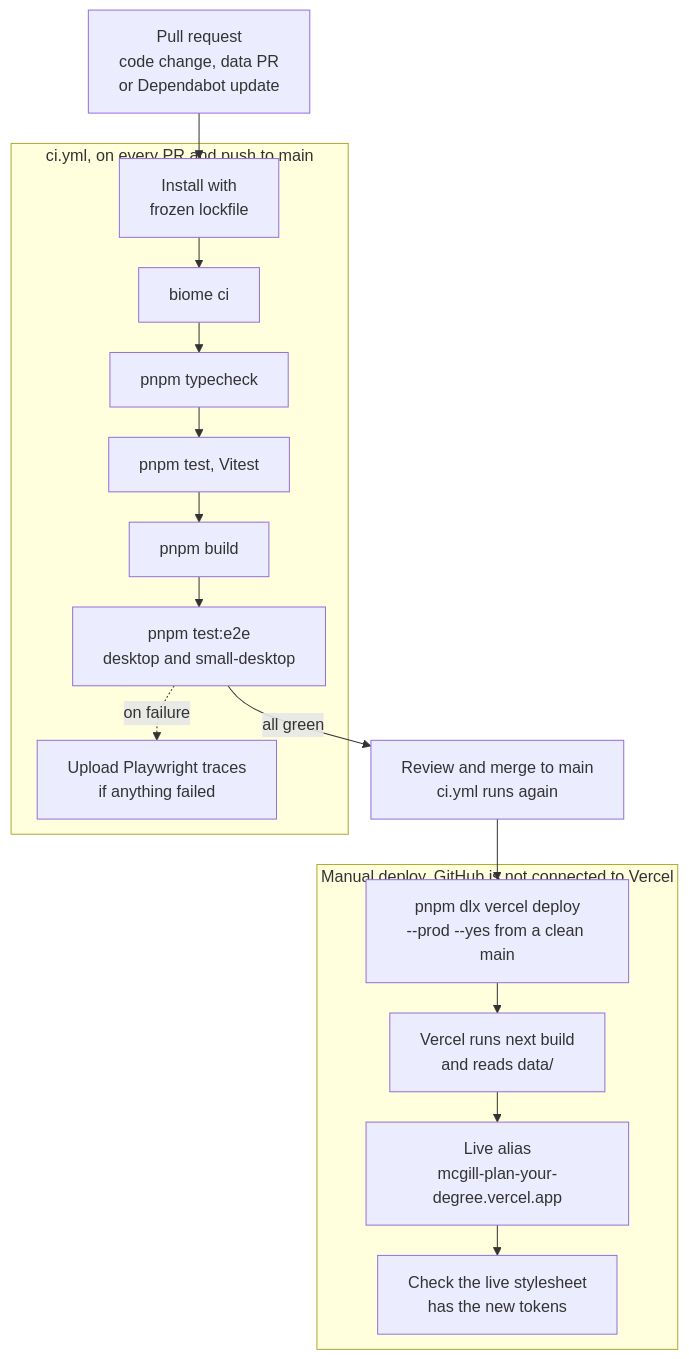
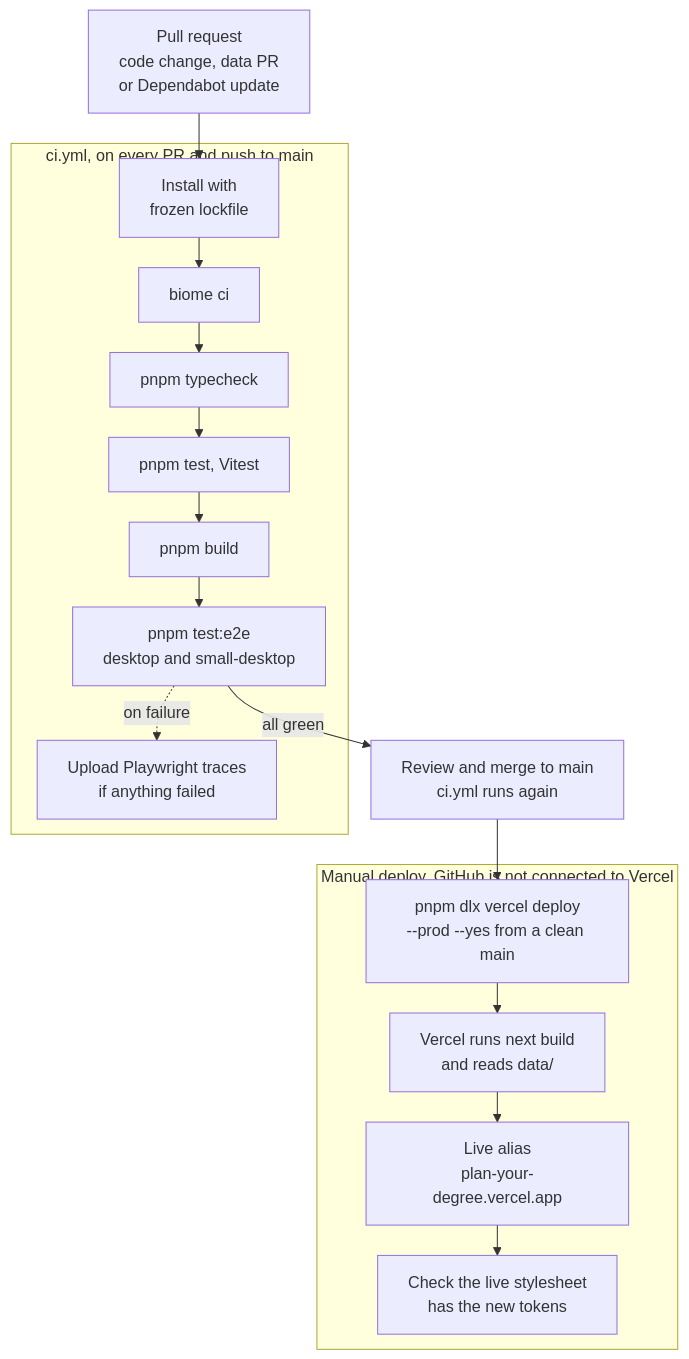
One commit to CBC-Mcgill/McGill-Plan-Your-Degree changed the seventh of 7 diagrams in docs/architecture-diagrams.md. Above: the diagram before and after it, drawn with Mermaid. The commit also changed 1 other file, not shown here.

Commit message:
docs: point the live address at plan-your-degree.vercel.app
The project moved to a new Vercel account and the old name was not free.

````diff
--- a/docs/architecture-diagrams.md
+++ b/docs/architecture-diagrams.md
@@ -323,31 +323,31 @@
 ```mermaid
 %%{init: {"flowchart": {"nodeSpacing": 25, "rankSpacing": 30}}}%%
 flowchart TB
   change["Pull request<br/>code change, data PR<br/>or Dependabot update"]
 
   subgraph ci["ci.yml, on every PR and push to main"]
     install["Install with<br/>frozen lockfile"]
     lint["biome ci"]
     types["pnpm typecheck"]
     unit["pnpm test, Vitest"]
     build["pnpm build"]
     e2e["pnpm test:e2e<br/>desktop and small-desktop"]
     traces["Upload Playwright traces<br/>if anything failed"]
     install --> lint --> types --> unit --> build --> e2e
     e2e -.->|"on failure"| traces
   end
 
   merge["Review and merge to main<br/>ci.yml runs again"]
 
   subgraph deploy["Manual deploy, GitHub is not connected to Vercel"]
     cli["pnpm dlx vercel deploy<br/>--prod --yes from a clean main"]
     vbuild["Vercel runs next build<br/>and reads data/"]
-    live["Live alias<br/>mcgill-plan-your-degree.vercel.app"]
+    live["Live alias<br/>plan-your-degree.vercel.app"]
     check["Check the live stylesheet<br/>has the new tokens"]
     cli --> vbuild --> live --> check
   end
 
   change --> install
   e2e -->|"all green"| merge
   merge --> cli
 ```
````
